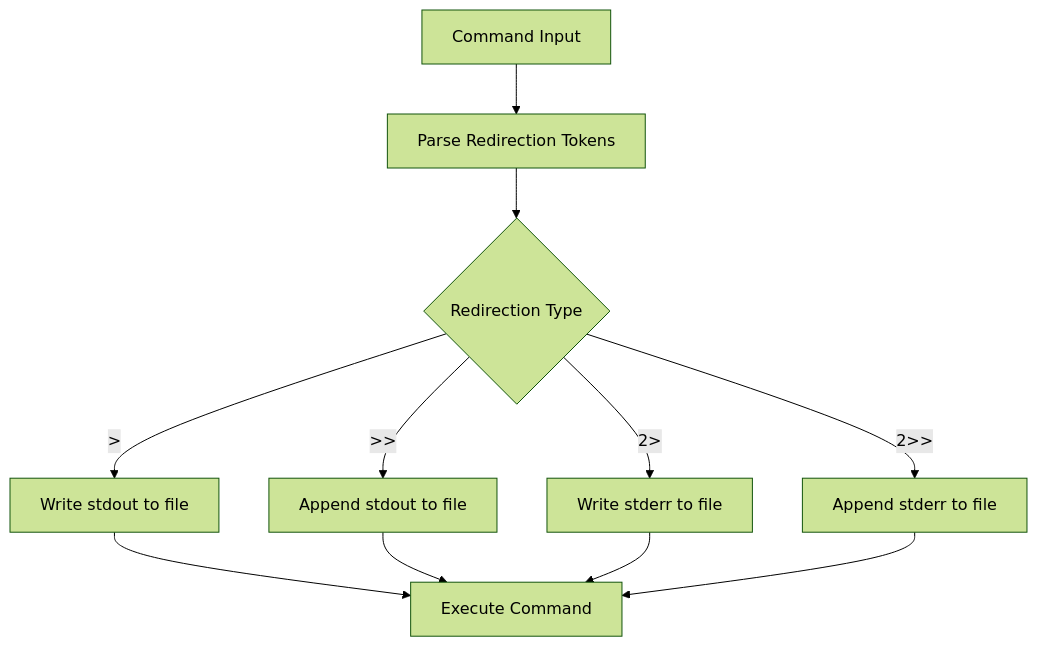
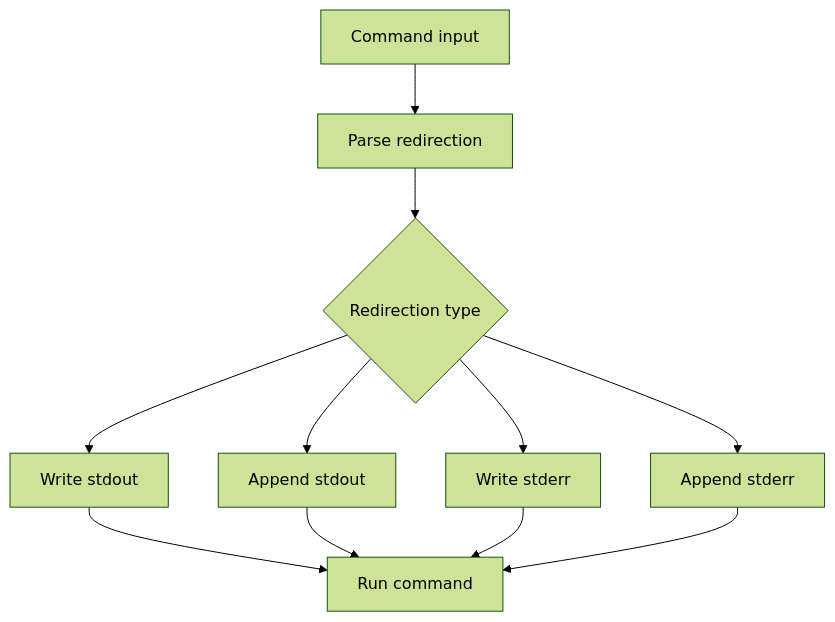
Before and after one commit to ItsSanskar8/OS-ShellProject: the eighth of 8 diagrams in README.md, drawn with Mermaid (forest theme). The commit also changed other lines of this file, not shown here.

````diff
--- a/README.md
+++ b/README.md
@@ -259,15 +337,15 @@
 ```mermaid
 flowchart TD
-    A[Command Input] --> B[Parse Redirection Tokens]
-    B --> C{Redirection Type}
+    A["Command input"] --> B["Parse redirection"]
+    B --> C{"Redirection type"}
 
-    C -->|>| D[Write stdout to file]
-    C -->|>>| E[Append stdout to file]
-    C -->|2>| F[Write stderr to file]
-    C -->|2>>| G[Append stderr to file]
+    C --> D["Write stdout"]
+    C --> E["Append stdout"]
+    C --> F["Write stderr"]
+    C --> G["Append stderr"]
 
-    D --> H[Execute Command]
+    D --> H["Run command"]
     E --> H
     F --> H
     G --> H
 ```
````
